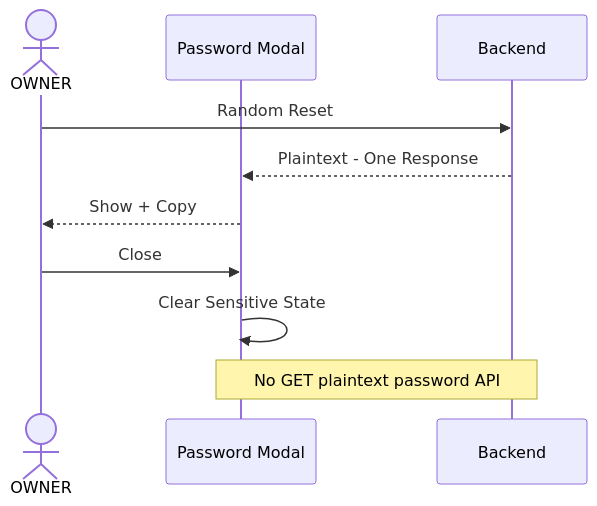
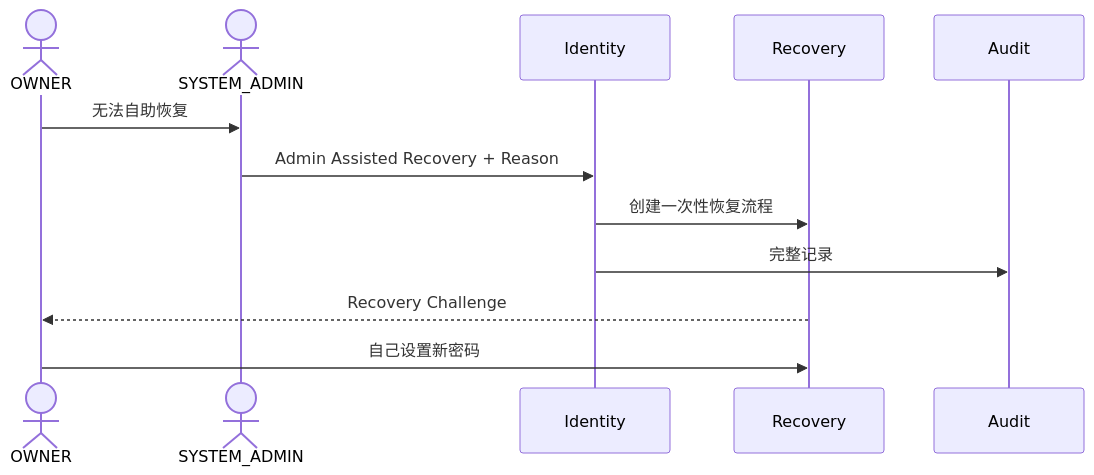
The seventh of 10 diagrams in docs/system-design/01-账户与身份/04-密码与账号恢复.md (sxyq/mastergoods), drawn with Mermaid before and after one commit. The commit also changed other lines of this file and 12 other files, not shown here.

Commit message:
docs(system-design): sync detailed design and explain flows

````diff
--- a/docs/system-design/01-账户与身份/04-密码与账号恢复.md
+++ b/docs/system-design/01-账户与身份/04-密码与账号恢复.md
@@ -246,15 +290,17 @@
 ```mermaid
 sequenceDiagram
     actor O as OWNER
-    participant UI as Password Modal
-    participant API as Backend
+    actor SA as SYSTEM_ADMIN
+    participant IAM as Identity
+    participant REC as Recovery
+    participant AUDIT as Audit
 
-    O->>API: Random Reset
-    API-->>UI: Plaintext - One Response
-    UI-->>O: Show + Copy
+    O->>SA: 无法自助恢复
+    SA->>IAM: Admin Assisted Recovery + Reason
 
-    O->>UI: Close
-    UI->>UI: Clear Sensitive State
+    IAM->>REC: 创建一次性恢复流程
+    IAM->>AUDIT: 完整记录
 
-    Note over UI,API: No GET plaintext password API
+    REC-->>O: Recovery Challenge
+    O->>REC: 自己设置新密码
 ```
````
